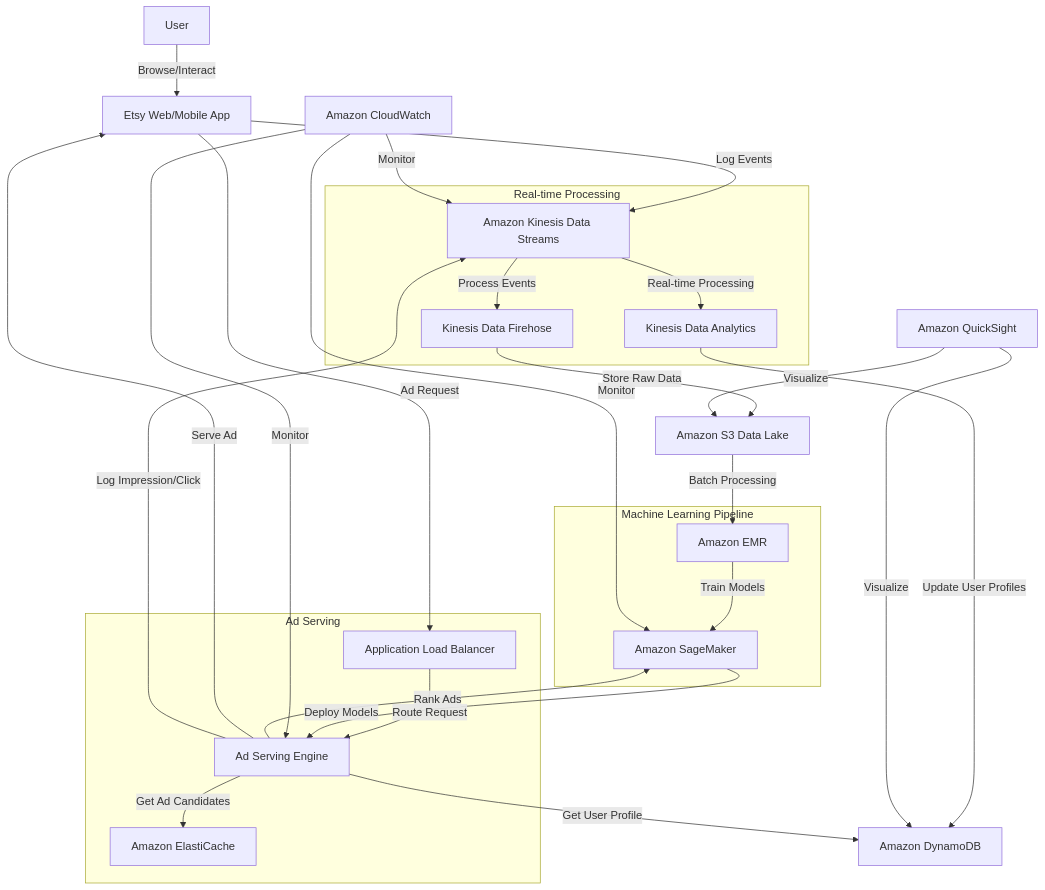
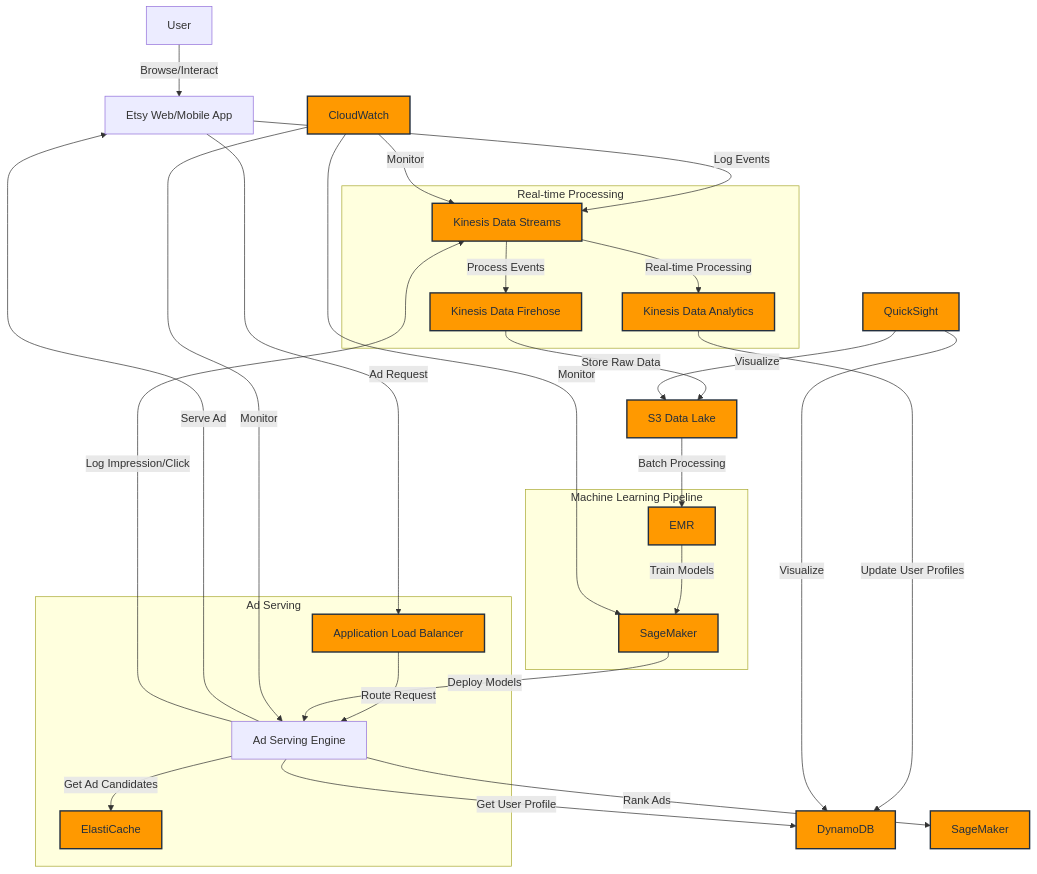
Before and after one commit to jwalsh/aws-architecture-decomposition-lab: the diagram in diagrams/etsy_ads.mmd, drawn with Mermaid. The commit also changed 6 other files, not shown here.

```diff
--- a/diagrams/etsy_ads.mmd
+++ b/diagrams/etsy_ads.mmd
@@ -1,48 +1,51 @@
 graph TD
     User[User] -->|Browse/Interact| WebApp[Etsy Web/Mobile App]
-    WebApp -->|Log Events| Kinesis[Amazon Kinesis Data Streams]
+    WebApp -->|Log Events| kinesis:streams[Kinesis Data Streams]
     
-    Kinesis -->|Process Events| KDF[Kinesis Data Firehose]
-    Kinesis -->|Real-time Processing| KDA[Kinesis Data Analytics]
+    kinesis:streams -->|Process Events| kinesis:firehose[Kinesis Data Firehose]
+    kinesis:streams -->|Real-time Processing| kinesis:analytics[Kinesis Data Analytics]
     
-    KDF -->|Store Raw Data| S3[Amazon S3 Data Lake]
-    KDA -->|Update User Profiles| DynamoDB[Amazon DynamoDB]
+    kinesis:firehose -->|Store Raw Data| s3:datalake[S3 Data Lake]
+    kinesis:analytics -->|Update User Profiles| dynamodb:profiles[DynamoDB]
     
-    S3 -->|Batch Processing| EMR[Amazon EMR]
-    EMR -->|Train Models| SageMaker[Amazon SageMaker]
+    s3:datalake -->|Batch Processing| emr:cluster[EMR]
+    emr:cluster -->|Train Models| sagemaker:training[SageMaker]
     
-    WebApp -->|Ad Request| ALB[Application Load Balancer]
-    ALB -->|Route Request| AdServer[Ad Serving Engine]
+    WebApp -->|Ad Request| elb:adserver[Application Load Balancer]
+    elb:adserver -->|Route Request| AdServer[Ad Serving Engine]
     
-    AdServer -->|Get User Profile| DynamoDB
-    AdServer -->|Get Ad Candidates| ElastiCache[Amazon ElastiCache]
-    AdServer -->|Rank Ads| SageMaker
+    AdServer -->|Get User Profile| dynamodb:profiles
+    AdServer -->|Get Ad Candidates| elasticache:ads[ElastiCache]
+    AdServer -->|Rank Ads| sagemaker:inference[SageMaker]
     
-    SageMaker -->|Deploy Models| AdServer
+    sagemaker:training -->|Deploy Models| AdServer
     
     AdServer -->|Serve Ad| WebApp
-    AdServer -->|Log Impression/Click| Kinesis
+    AdServer -->|Log Impression/Click| kinesis:streams
     
-    CloudWatch[Amazon CloudWatch] -->|Monitor| AdServer
-    CloudWatch -->|Monitor| Kinesis
-    CloudWatch -->|Monitor| SageMaker
+    cloudwatch:monitoring[CloudWatch] -->|Monitor| AdServer
+    cloudwatch:monitoring -->|Monitor| kinesis:streams
+    cloudwatch:monitoring -->|Monitor| sagemaker:training
     
-    QuickSight[Amazon QuickSight] -->|Visualize| S3
-    QuickSight -->|Visualize| DynamoDB
+    quicksight:analytics[QuickSight] -->|Visualize| s3:datalake
+    quicksight:analytics -->|Visualize| dynamodb:profiles
     
     subgraph "Real-time Processing"
-        Kinesis
-        KDF
-        KDA
+        kinesis:streams
+        kinesis:firehose
+        kinesis:analytics
     end
     
     subgraph "Machine Learning Pipeline"
-        EMR
-        SageMaker
+        emr:cluster
+        sagemaker:training
     end
     
     subgraph "Ad Serving"
-        ALB
+        elb:adserver
         AdServer
-        ElastiCache
+        elasticache:ads
     end
+
+    classDef aws fill:#FF9900,stroke:#232F3E,stroke-width:2px,color:#232F3E;
+    class kinesis:streams,kinesis:firehose,kinesis:analytics,s3:datalake,dynamodb:profiles,emr:cluster,sagemaker:training,sagemaker:inference,elb:adserver,elasticache:ads,cloudwatch:monitoring,quicksight:analytics aws;
```
